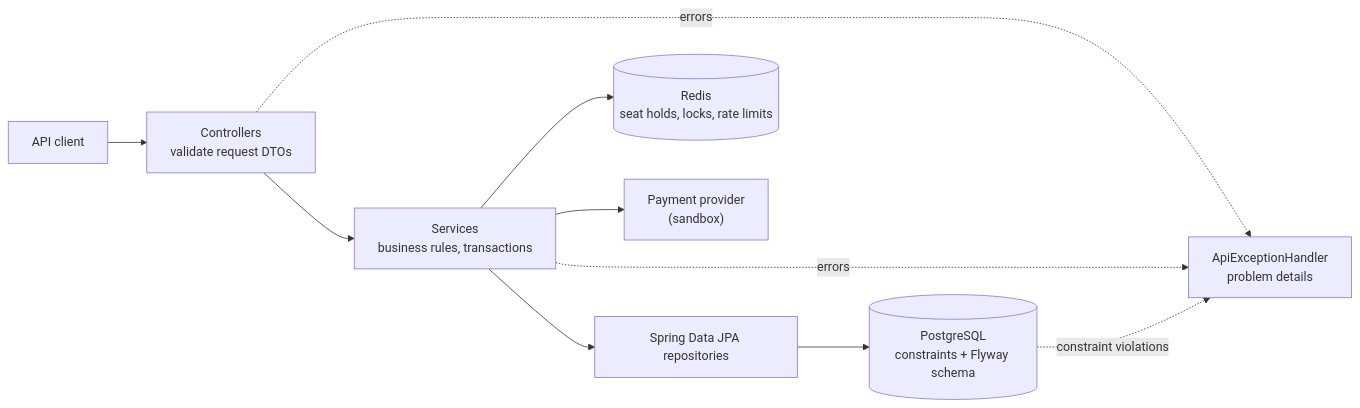
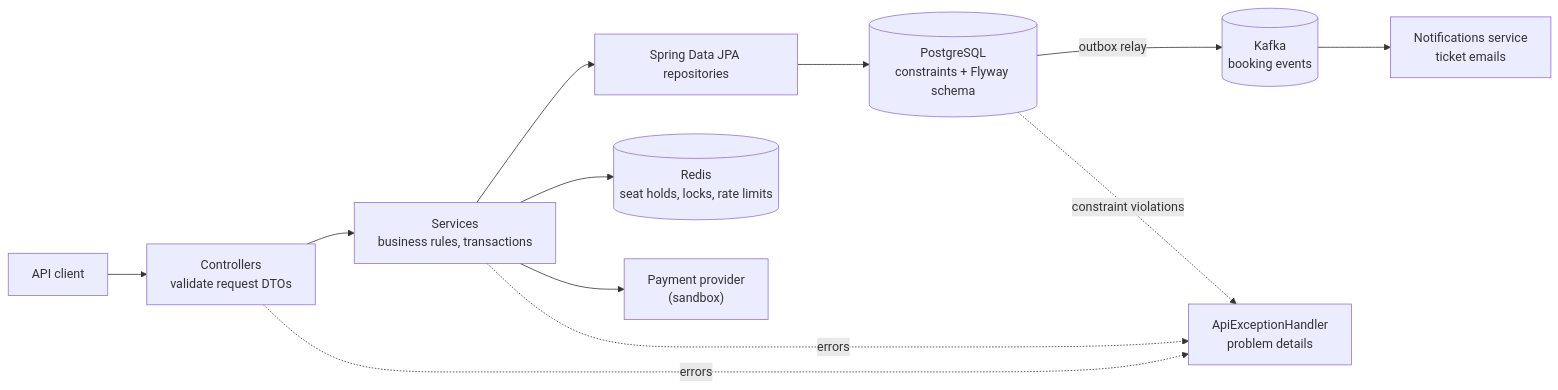
The first of 3 diagrams in backend/README.md (antoniosifov/popcorn-palace), drawn with Mermaid before and after one commit. The commit also changed other lines of this file and 1 other file, not shown here.

Commit message:
docs: document booking events, the outbox and the notifications service

````diff
--- a/backend/README.md
+++ b/backend/README.md
@@ -26,12 +27,14 @@
 ```mermaid
 flowchart LR
     Client["API client"] --> Controller["Controllers<br/>validate request DTOs"]
     Controller --> Service["Services<br/>business rules, transactions"]
     Service --> Repository["Spring Data JPA repositories"]
     Repository --> Database[("PostgreSQL<br/>constraints + Flyway schema")]
     Service --> Redis[("Redis<br/>seat holds, locks, rate limits")]
     Service --> Provider["Payment provider<br/>(sandbox)"]
+    Database -- outbox relay --> Kafka[("Kafka<br/>booking events")]
+    Kafka --> Notifications["Notifications service<br/>ticket emails"]
     Controller -. errors .-> Handler["ApiExceptionHandler<br/>problem details"]
     Service -. errors .-> Handler
     Database -. constraint violations .-> Handler
 ```
````
